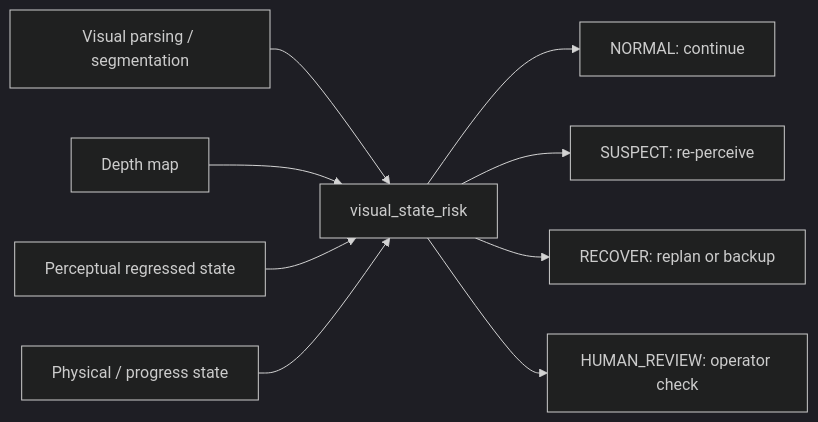
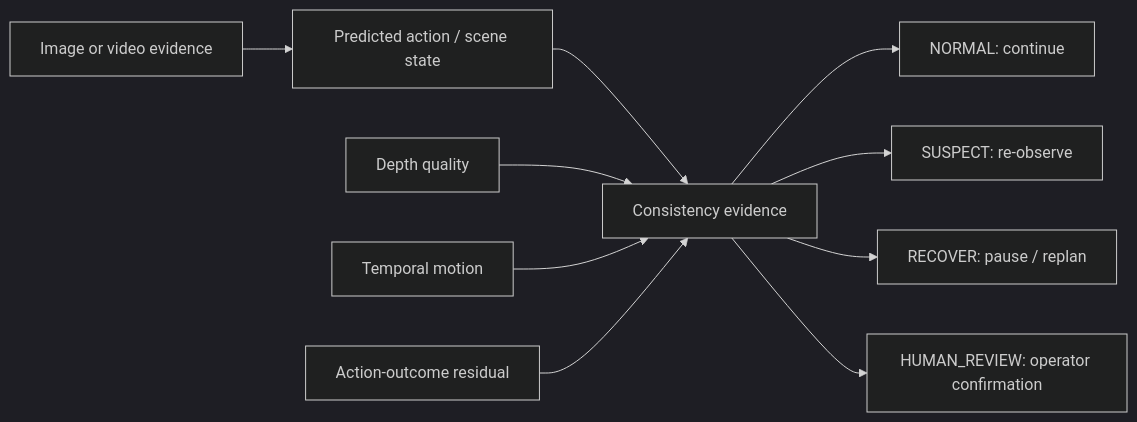
Before and after one commit to Tengyu-w/reliability-aware-robot-perception: the third of 3 diagrams in docs/project_overview.md, drawn with Mermaid (dark theme). The commit also changed other lines of this file and 22 other files, not shown here.

````diff
--- a/docs/project_overview.md
+++ b/docs/project_overview.md
@@ -104,11 +102,12 @@
 ```mermaid
 flowchart LR
-    A["Visual parsing / segmentation"] --> E["visual_state_risk"]
-    B["Depth map"] --> E
-    C["Perceptual regressed state"] --> E
-    D["Physical / progress state"] --> E
+    A["Image or video evidence"] --> B["Predicted action / scene state"]
+    B --> E["Consistency evidence"]
+    C["Depth quality"] --> E
+    D["Temporal motion"] --> E
+    J["Action-outcome residual"] --> E
     E --> F["NORMAL: continue"]
-    E --> G["SUSPECT: re-perceive"]
-    E --> H["RECOVER: replan or backup"]
-    E --> I["HUMAN_REVIEW: operator check"]
+    E --> G["SUSPECT: re-observe"]
+    E --> H["RECOVER: pause / replan"]
+    E --> I["HUMAN_REVIEW: operator confirmation"]
 ```
````
